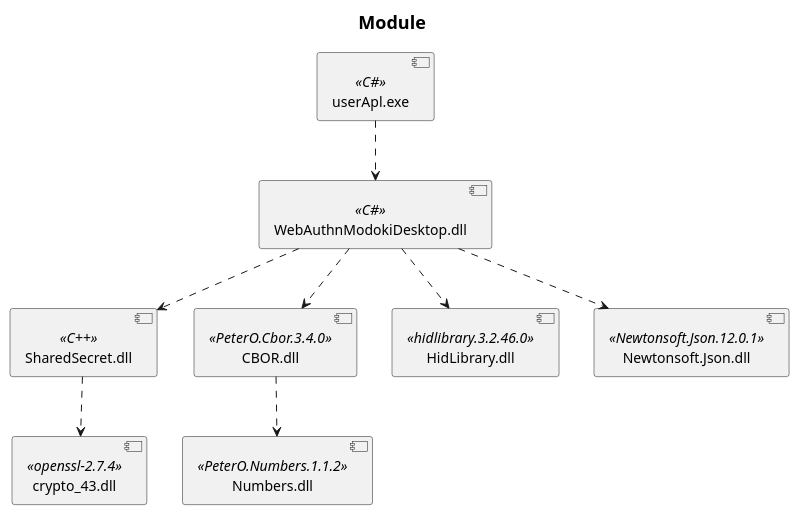
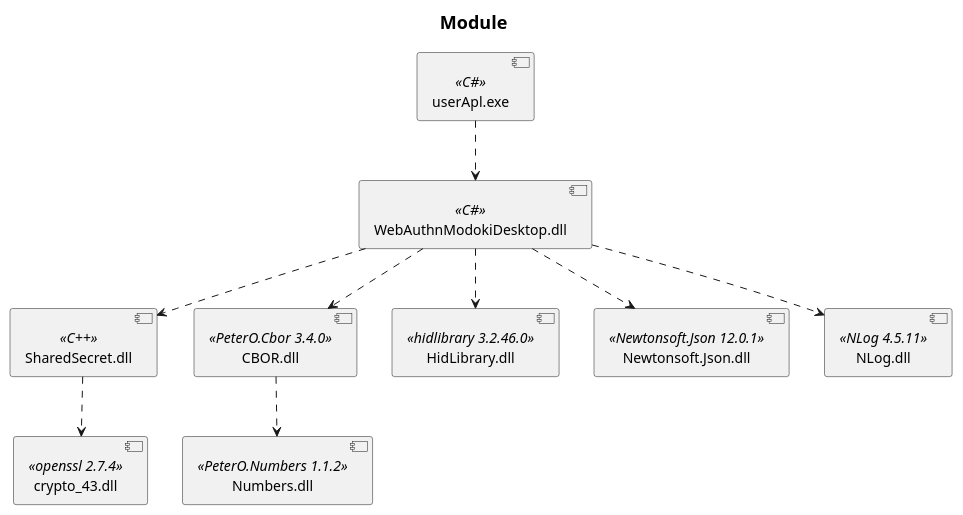
Before and after one commit to gebogebogebo/WebAuthnModokiDesktop: the diagram in pu/component.pu, drawn with PlantUML.

Commit message:
update pu

```diff
--- a/pu/component.pu
+++ b/pu/component.pu
@@ -1,21 +1,23 @@
 @startuml
 title <size:18>Module</size>
 
 component userApl.exe as userApl <<C#>>
 component WebAuthnModokiDesktop.dll as WebAuthnModokiDesktop <<C#>>
 component SharedSecret.dll as SharedSecret <<C++>>
-component crypto_43.dll as crypto <<openssl-2.7.4>>
-component CBOR.dll as CBOR <<PeterO.Cbor.3.4.0>>
-component Numbers.dll as Numbers <<PeterO.Numbers.1.1.2>>
-component HidLibrary.dll as HidLibrary <<hidlibrary.3.2.46.0>>
-component Newtonsoft.Json.dll as Newtonsoft.Json <<Newtonsoft.Json.12.0.1>>
+component crypto_43.dll as crypto <<openssl 2.7.4>>
+component CBOR.dll as CBOR <<PeterO.Cbor 3.4.0>>
+component Numbers.dll as Numbers <<PeterO.Numbers 1.1.2>>
+component HidLibrary.dll as HidLibrary <<hidlibrary 3.2.46.0>>
+component Newtonsoft.Json.dll as Newtonsoft.Json <<Newtonsoft.Json 12.0.1>>
+component NLog.dll as NLog <<NLog 4.5.11>>
 
 userApl ..> WebAuthnModokiDesktop
 WebAuthnModokiDesktop ..> SharedSecret
 WebAuthnModokiDesktop ..> HidLibrary
 WebAuthnModokiDesktop ..> CBOR
 CBOR ..> Numbers
 WebAuthnModokiDesktop ..> Newtonsoft.Json
 SharedSecret ..> crypto
+WebAuthnModokiDesktop ..> NLog
 
 @enduml
```
